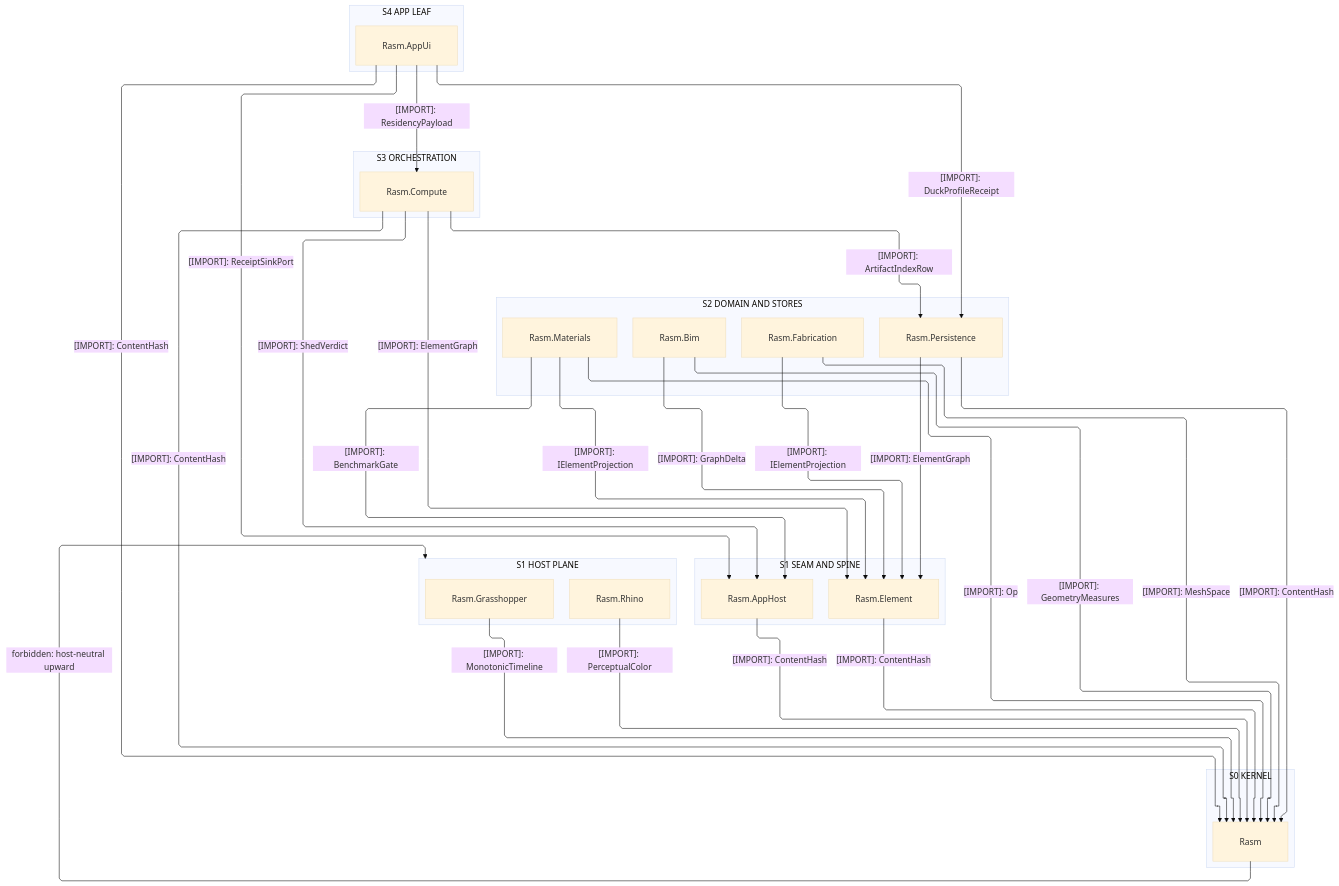
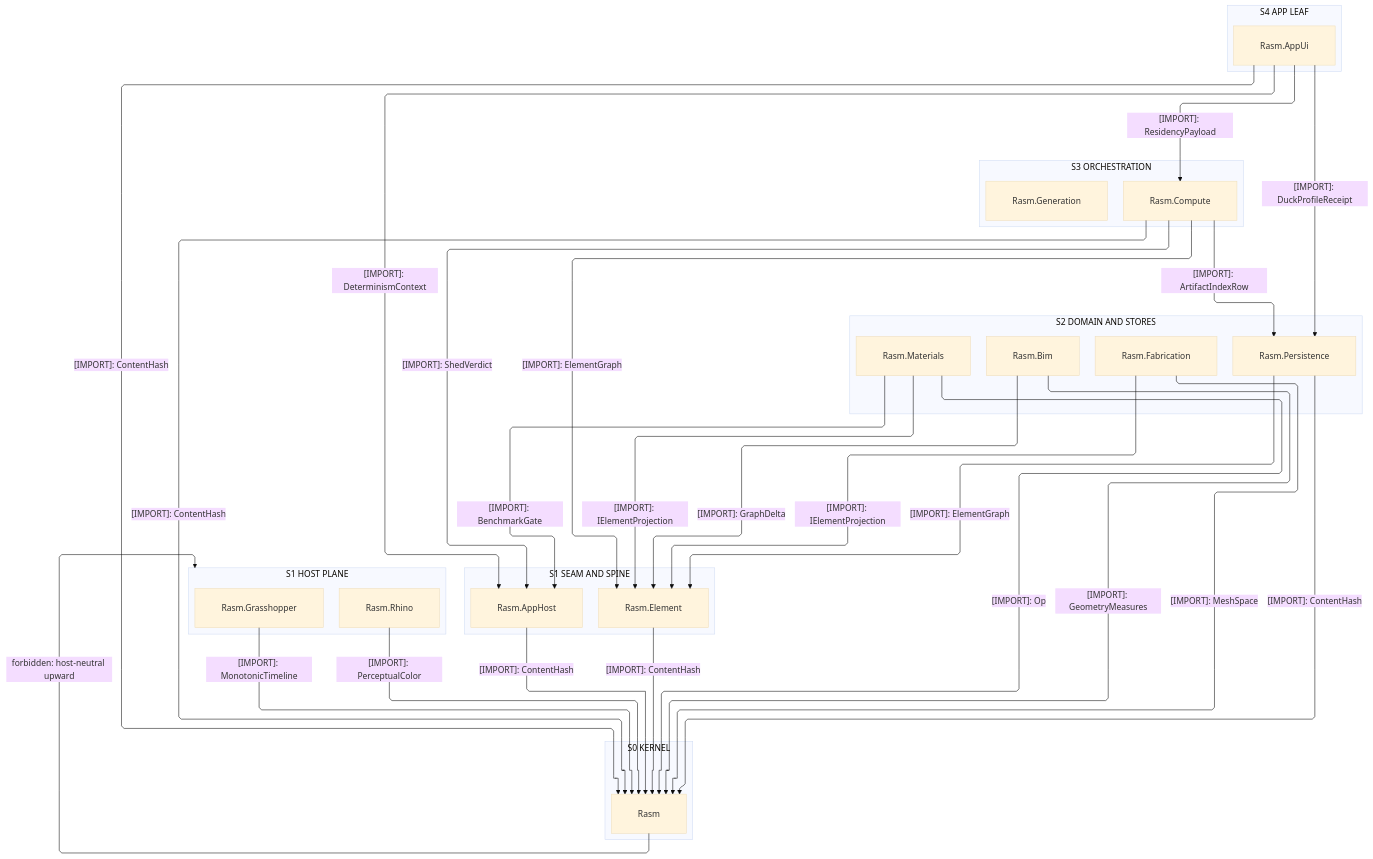
One commit to bsamiee/Rasm changed the first of 5 diagrams in libs/csharp/.planning/ARCHITECTURE.md. Above: the diagram before and after it, drawn with Mermaid (base theme). The commit also changed other lines of this file and 249 other files, not shown here.

````diff
--- a/libs/csharp/.planning/ARCHITECTURE.md
+++ b/libs/csharp/.planning/ARCHITECTURE.md
@@ -46,57 +46,58 @@
 ```mermaid
 ---
 config:
   layout: elk
   flowchart:
     curve: linear
     padding: 25
 ---
 flowchart TB
     accTitle: C# branch package reference strata
-    accDescr: Five host-neutral ranks from the app-platform leaf down to the kernel beside a plane-distinct host boundary at the seam rank — every reference edge downward and solid, labeled edges naming one sourced type, no edge inside any rank, and one forbidden host-neutral upward edge.
+    accDescr: Five host-neutral ranks from the app-platform leaf down to the kernel beside a plane-distinct host boundary at the seam rank — every reference edge downward and solid, labeled edges naming one sourced type, no edge inside any rank, one forbidden host-neutral upward edge, and the target package seated edgeless until its first design page freezes the types it sources.
     subgraph S4["S4 APP LEAF"]
         AppUi[Rasm.AppUi]
     end
     subgraph S3["S3 ORCHESTRATION"]
         Compute[Rasm.Compute]
+        Generation[Rasm.Generation]
     end
     subgraph S2["S2 DOMAIN AND STORES"]
         Bim[Rasm.Bim]
         Materials[Rasm.Materials]
         Fabrication[Rasm.Fabrication]
         Persistence[Rasm.Persistence]
     end
     subgraph S1["S1 SEAM AND SPINE"]
         Element[Rasm.Element]
         AppHost[Rasm.AppHost]
     end
     subgraph HOST["S1 HOST PLANE"]
         Rhino[Rasm.Rhino]
         Grasshopper[Rasm.Grasshopper]
     end
     subgraph S0["S0 KERNEL"]
         Rasm[Rasm]
     end
     Rhino -->|"[IMPORT]: PerceptualColor"| Rasm
     Grasshopper -->|"[IMPORT]: MonotonicTimeline"| Rasm
     Element -->|"[IMPORT]: ContentHash"| Rasm
     AppHost -->|"[IMPORT]: ContentHash"| Rasm
     Persistence -->|"[IMPORT]: ElementGraph"| Element
     Persistence -->|"[IMPORT]: ContentHash"| Rasm
     Materials -->|"[IMPORT]: IElementProjection"| Element
     Materials -->|"[IMPORT]: Op"| Rasm
     Materials -->|"[IMPORT]: BenchmarkGate"| AppHost
     Bim -->|"[IMPORT]: GraphDelta"| Element
     Bim -->|"[IMPORT]: GeometryMeasures"| Rasm
     Fabrication -->|"[IMPORT]: IElementProjection"| Element
     Fabrication -->|"[IMPORT]: MeshSpace"| Rasm
     Compute -->|"[IMPORT]: ElementGraph"| Element
     Compute -->|"[IMPORT]: ContentHash"| Rasm
     Compute -->|"[IMPORT]: ShedVerdict"| AppHost
     Compute -->|"[IMPORT]: ArtifactIndexRow"| Persistence
     AppUi -->|"[IMPORT]: ContentHash"| Rasm
-    AppUi -->|"[IMPORT]: ReceiptSinkPort"| AppHost
+    AppUi -->|"[IMPORT]: DeterminismContext"| AppHost
     AppUi -->|"[IMPORT]: ResidencyPayload"| Compute
     AppUi -->|"[IMPORT]: DuckProfileReceipt"| Persistence
     Rasm -->|"forbidden: host-neutral upward"| HOST
 ```
````
